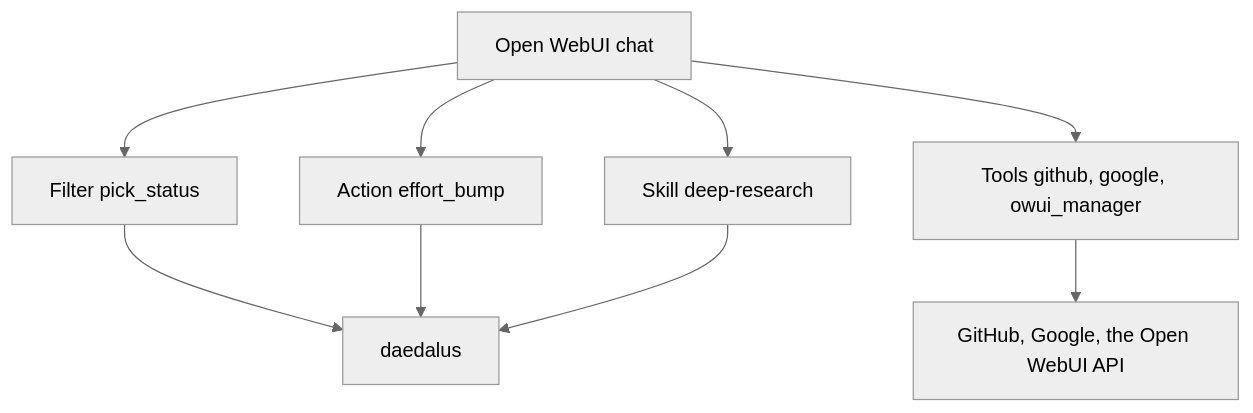
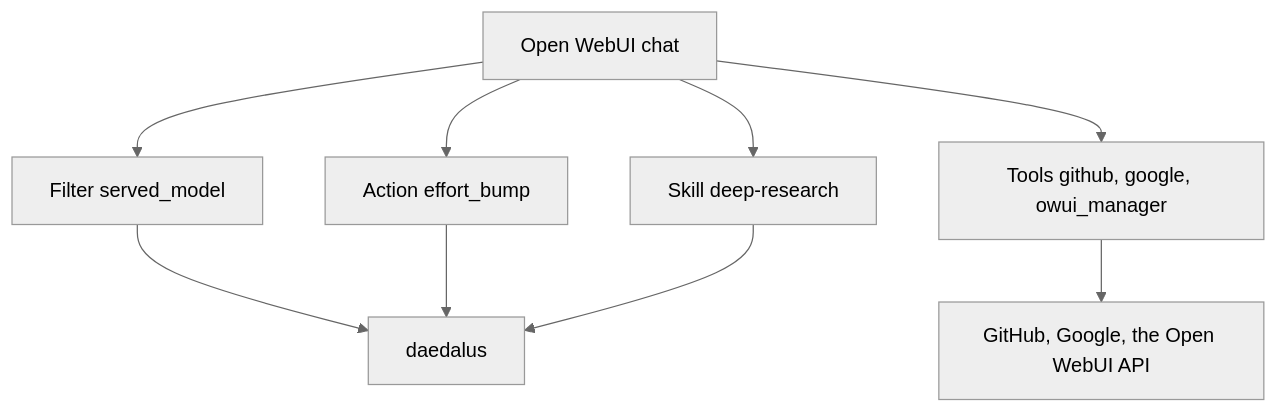
One commit to nemoe7/daedalus changed the diagram in docs/integrations/owui.md. Above: the diagram before and after it, drawn with Mermaid (neutral theme). The commit also changed other lines of this file and 11 other files, not shown here.

Commit message:
refactor(naming): ship one served_model name for the hook and filter

````diff
--- a/docs/integrations/owui.md
+++ b/docs/integrations/owui.md
@@ -18,11 +18,11 @@
 ```mermaid
 flowchart TD
-  A[Open WebUI chat] --> B[Filter pick_status]
+  A[Open WebUI chat] --> B[Filter served_model]
   A --> C[Action effort_bump]
   A --> D[Tools github, google, owui_manager]
   A --> E[Skill deep-research]
   B --> F[daedalus]
   C --> F
   D --> G[GitHub, Google, the Open WebUI API]
   E --> F
 ```
````
